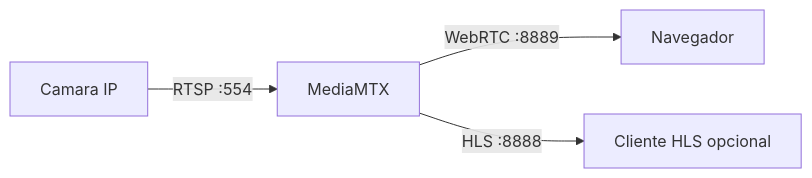
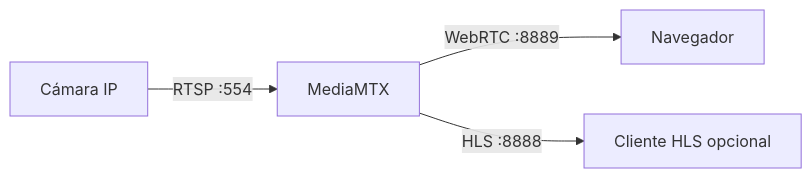
The diagram in README.md (toninoes/ip-camera-rtsp-viewer), drawn with Mermaid before and after one commit. The commit also changed other lines of this file, not shown here.

````diff
--- a/README.md
+++ b/README.md
@@ -11,6 +11,6 @@
 ```mermaid
 flowchart LR
-   camera[Camara IP] -->|RTSP :554| mediamtx[MediaMTX]
+   camera[Cámara IP] -->|RTSP :554| mediamtx[MediaMTX]
    mediamtx -->|WebRTC :8889| browser[Navegador]
    mediamtx -->|HLS :8888| hls[Cliente HLS opcional]
 ```
````
